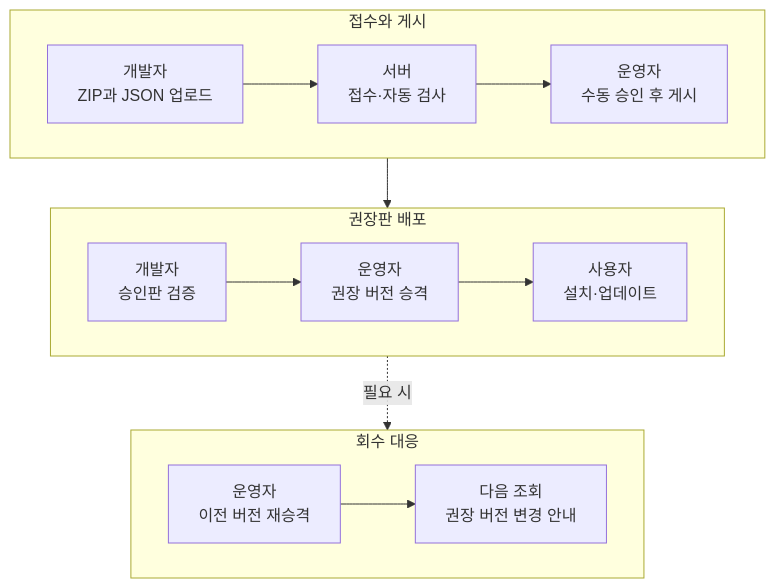
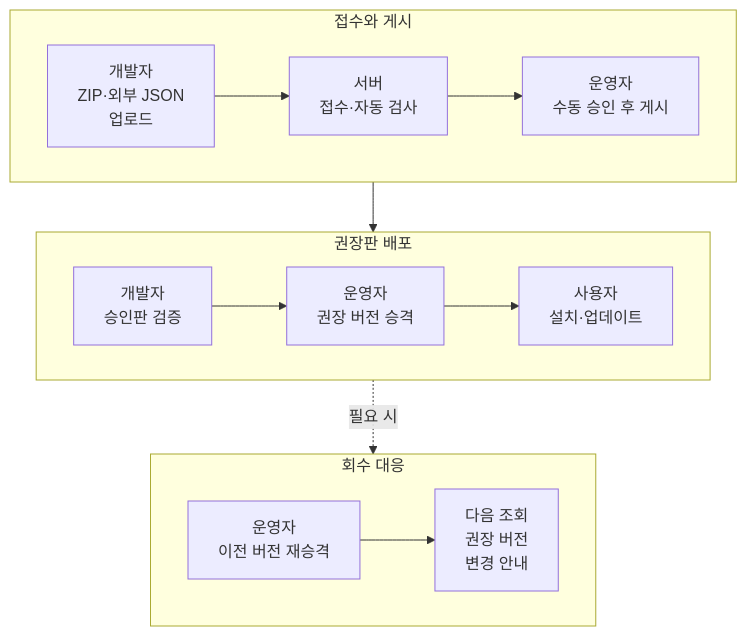
Before and after one commit to YonghoKwon/UE-DT-LAUNCHER: the second of 2 diagrams in README.md, drawn with Mermaid. The commit also changed other lines of this file, not shown here.

Commit message:
PROD-27: Keep architecture and flow labels readable in GitHub

````diff
--- a/README.md
+++ b/README.md
@@ -37,19 +36,19 @@
 ```mermaid
 flowchart TD
     subgraph publishing["접수와 게시"]
         direction LR
-        upload["개발자<br/>ZIP과 JSON 업로드"] --> intake["서버<br/>접수·자동 검사"]
+        upload["개발자<br/>ZIP·외부 JSON<br/>업로드"] --> intake["서버<br/>접수·자동 검사"]
         intake --> approve["운영자<br/>수동 승인 후 게시"]
     end
     subgraph rollout["권장판 배포"]
         direction LR
         verify["개발자<br/>승인판 검증"] --> promote["운영자<br/>권장 버전 승격"]
         promote --> install["사용자<br/>설치·업데이트"]
     end
     subgraph recall["회수 대응"]
         direction LR
-        previous["운영자<br/>이전 버전 재승격"] --> notice["다음 조회<br/>권장 버전 변경 안내"]
+        previous["운영자<br/>이전 버전 재승격"] --> notice["다음 조회<br/>권장 버전<br/>변경 안내"]
     end
     publishing --> rollout
     rollout -. 필요 시 .-> recall
 ```
````
